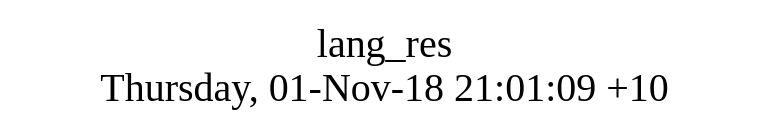
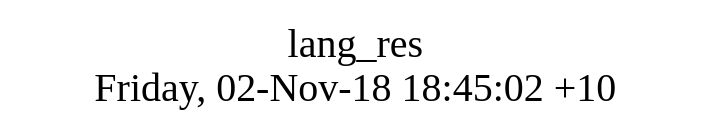
The diagram in src/lang_res/struct.dot (AplaProject/apps), drawn with Graphviz before and after one commit. The commit also changed 7 other files, not shown here.

```diff
--- a/src/lang_res/struct.dot
+++ b/src/lang_res/struct.dot
@@ -1,8 +1,8 @@
 digraph G {
 fontsize="24";
-label="lang_res\nThursday, 01-Nov-18 21:01:09 +10";
+label="lang_res\nFriday, 02-Nov-18 18:45:02 +10";
 nojustify=true;
 ordering=out;
 rankdir=LR;
 size="30";
 }
```
